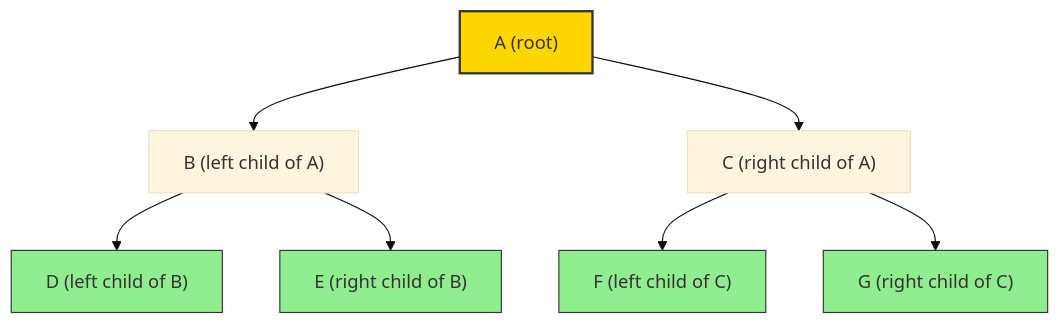
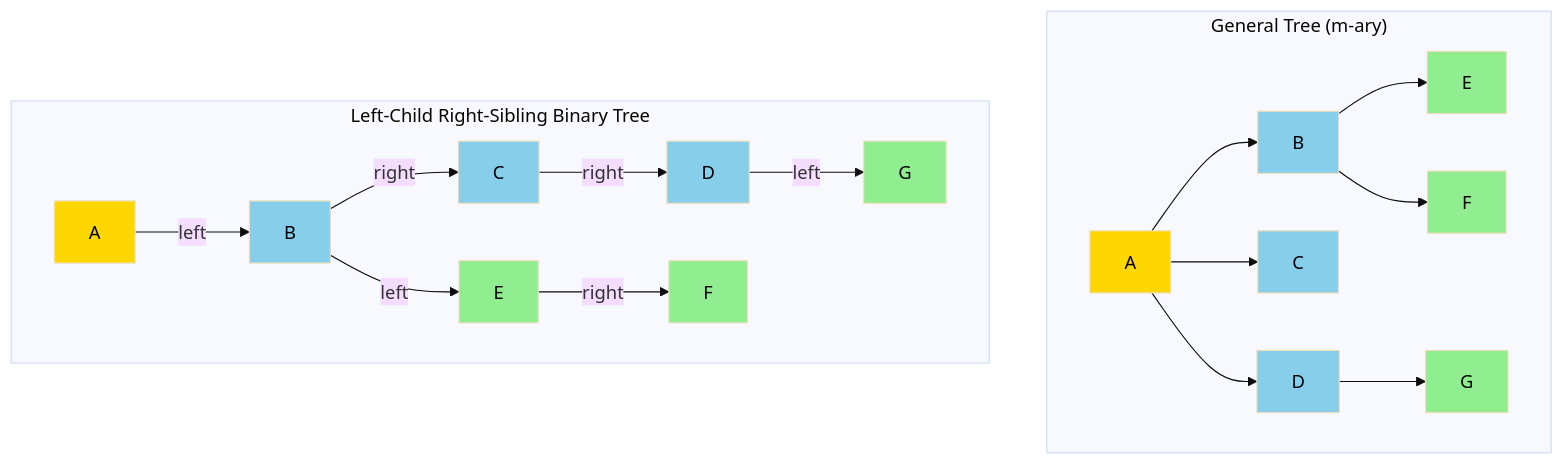
One commit to vishnuu-kr/ktunode changed the third of 4 diagrams in public/notes/computer-science-and-engineering/semester-3/pccst303-data-structures-and-algorithms/03-module-3-trees-and-graphs/trees-representation-of-trees/notes.md. Above: the diagram before and after it, drawn with Mermaid (base theme). The commit also changed other lines of this file and 4829 other files, not shown here.

````diff
--- a/public/notes/computer-science-and-engineering/semester-3/pccst303-data-structures-and-algorithms/03-module-3-trees-and-graphs/trees-representation-of-trees/notes.md
+++ b/public/notes/computer-science-and-engineering/semester-3/pccst303-data-structures-and-algorithms/03-module-3-trees-and-graphs/trees-representation-of-trees/notes.md
@@ -563,15 +574,35 @@
 ```mermaid
 graph TD
-    A["A (root)"] --> B["B (left child of A)"]
-    A --> C["C (right child of A)"]
-    B --> D["D (left child of B)"]
-    B --> E["E (right child of B)"]
-    C --> F["F (left child of C)"]
-    C --> G["G (right child of C)"]
+    subgraph GeneralTree["General Tree (m-ary)"]
+        G1["A"] --> G2["B"]
+        G1 --> G3["C"]
+        G1 --> G4["D"]
+        G2 --> G5["E"]
+        G2 --> G6["F"]
+        G4 --> G7["G"]
+    end
 
-    style A fill:#FFD700,stroke:#333,stroke-width:2px
-    style D fill:#90EE90,stroke:#333
-    style E fill:#90EE90,stroke:#333
-    style F fill:#90EE90,stroke:#333
-    style G fill:#90EE90,stroke:#333
+    subgraph LCRSTree["Left-Child Right-Sibling Binary Tree"]
+        L1["A"] -->|left| L2["B"]
+        L2 -->|left| L3["E"]
+        L2 -->|right| L4["C"]
+        L4 -->|right| L5["D"]
+        L5 -->|left| L6["G"]
+        L3 -->|right| L7["F"]
+    end
+
+    style G1 fill:#FFD700,color:#000
+    style G2 fill:#87CEEB,color:#000
+    style G3 fill:#87CEEB,color:#000
+    style G4 fill:#87CEEB,color:#000
+    style G5 fill:#90EE90,color:#000
+    style G6 fill:#90EE90,color:#000
+    style G7 fill:#90EE90,color:#000
+    style L1 fill:#FFD700,color:#000
+    style L2 fill:#87CEEB,color:#000
+    style L3 fill:#90EE90,color:#000
+    style L4 fill:#87CEEB,color:#000
+    style L5 fill:#87CEEB,color:#000
+    style L6 fill:#90EE90,color:#000
+    style L7 fill:#90EE90,color:#000
 ```
````
